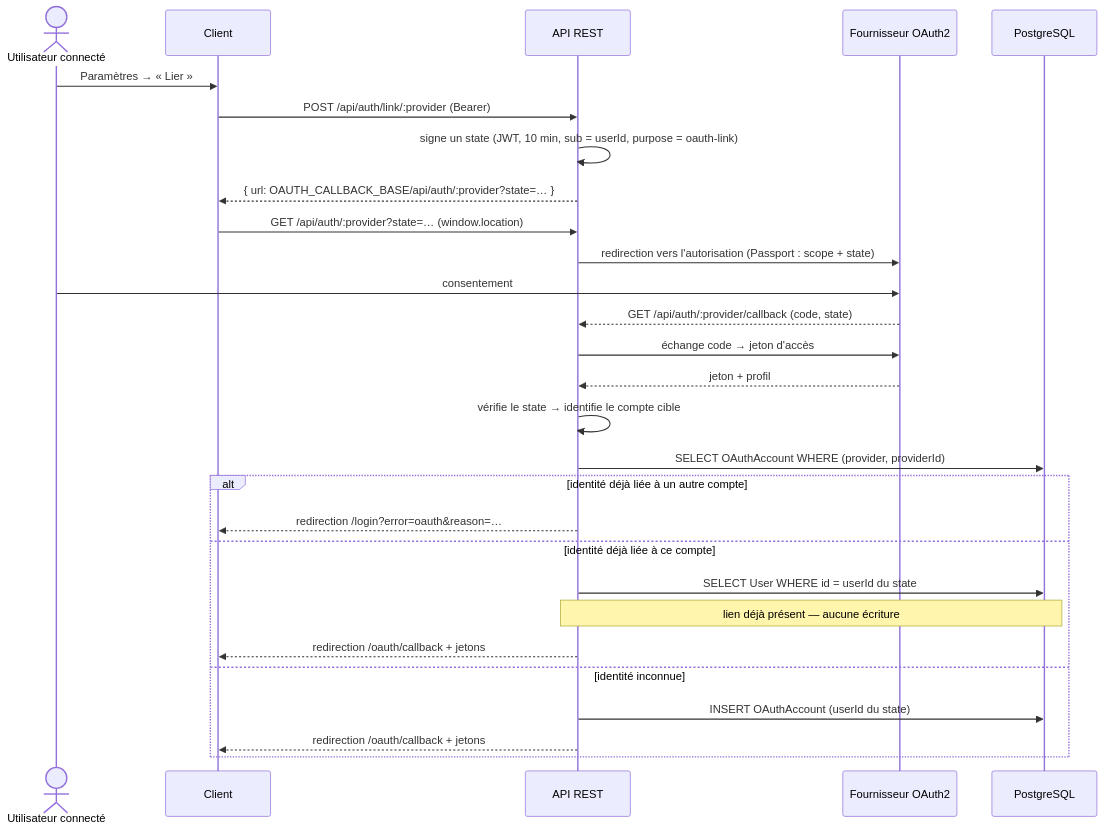
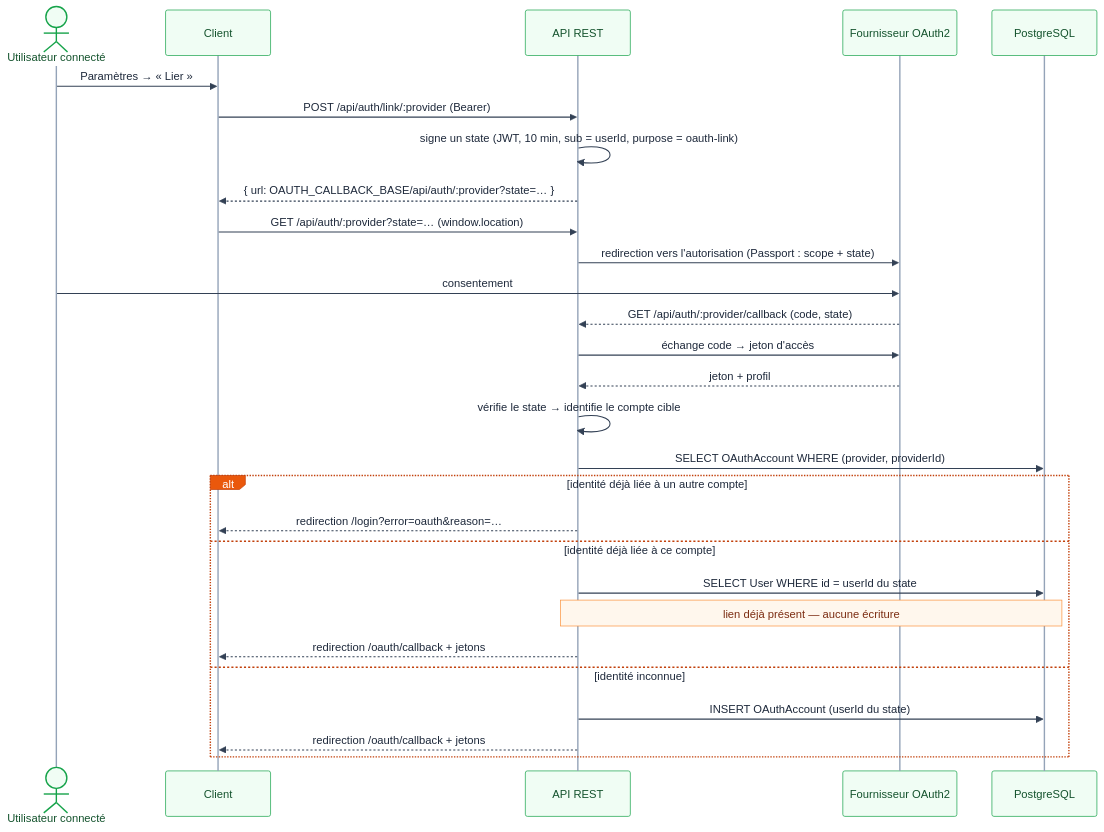
One commit to assurleaddev/supmeal changed the eighth of 14 diagrams in docs/documentation-technique.md. Above: the diagram before and after it, drawn with Mermaid. The commit also changed other lines of this file, not shown here.

````diff
--- a/docs/documentation-technique.md
+++ b/docs/documentation-technique.md
@@ -696,33 +775,34 @@
 ```mermaid
+%%{init: {"theme":"base","themeVariables":{"fontFamily":"Inter, Roboto, Helvetica, Arial, sans-serif","fontSize":"15px","primaryColor":"#f0fdf4","primaryTextColor":"#14532d","primaryBorderColor":"#16a34a","secondaryColor":"#f8fafc","secondaryTextColor":"#1e293b","secondaryBorderColor":"#cbd5e1","tertiaryColor":"#ffffff","tertiaryTextColor":"#1e293b","tertiaryBorderColor":"#e2e8f0","lineColor":"#475569","textColor":"#1e293b","clusterBkg":"#f8fafc","clusterBorder":"#cbd5e1","edgeLabelBackground":"#ffffff","titleColor":"#0f172a","actorBkg":"#f0fdf4","actorBorder":"#16a34a","actorTextColor":"#14532d","actorLineColor":"#94a3b8","signalColor":"#334155","signalTextColor":"#1e293b","labelBoxBkgColor":"#ea580c","labelBoxBorderColor":"#c2410c","labelTextColor":"#ffffff","loopTextColor":"#1e293b","noteBkgColor":"#fff7ed","noteBorderColor":"#fb923c","noteTextColor":"#7c2d12","activationBkgColor":"#dcfce7","activationBorderColor":"#16a34a","attributeBackgroundColorOdd":"#ffffff","attributeBackgroundColorEven":"#f8fafc"}}}%%
 sequenceDiagram
     actor U as Utilisateur connecté
     participant C as Client
     participant A as API REST
     participant P as Fournisseur OAuth2
     participant D as PostgreSQL
 
     U->>C: Paramètres → « Lier »
     C->>A: POST /api/auth/link/:provider (Bearer)
     A->>A: signe un state (JWT, 10 min, sub = userId, purpose = oauth-link)
     A-->>C: { url: OAUTH_CALLBACK_BASE/api/auth/:provider?state=… }
     C->>A: GET /api/auth/:provider?state=… (window.location)
     A->>P: redirection vers l'autorisation (Passport : scope + state)
 
     U->>P: consentement
     P-->>A: GET /api/auth/:provider/callback (code, state)
     A->>P: échange code → jeton d'accès
     P-->>A: jeton + profil
     A->>A: vérifie le state → identifie le compte cible
     A->>D: SELECT OAuthAccount WHERE (provider, providerId)
 
     alt identité déjà liée à un autre compte
         A-->>C: redirection /login?error=oauth&reason=…
     else identité déjà liée à ce compte
         A->>D: SELECT User WHERE id = userId du state
         Note over A,D: lien déjà présent — aucune écriture
         A-->>C: redirection /oauth/callback + jetons
     else identité inconnue
         A->>D: INSERT OAuthAccount (userId du state)
         A-->>C: redirection /oauth/callback + jetons
     end
 ```
````
